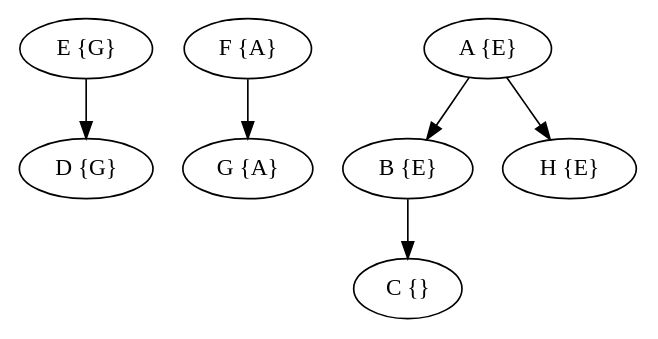
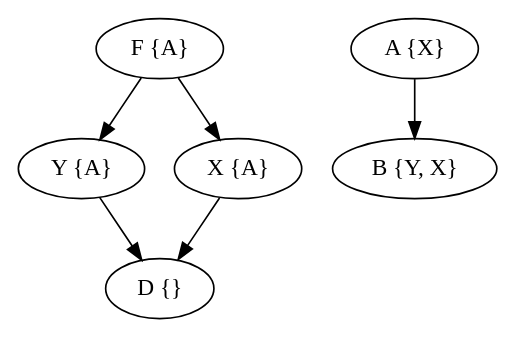
One commit to GiovA07/Pointer_Analysis changed the diagram in output/grafo.dot. Above: the diagram before and after it, drawn with Graphviz. The commit also changed 3 other files, not shown here.

```diff
--- a/output/grafo.dot
+++ b/output/grafo.dot
@@ -1,16 +1,14 @@
 digraph{
 rankdir=TB;
-D [label="D {G}"];
 F [label="F {A}"];
-A [label="A {E}"];
-B [label="B {E}"];
-G [label="G {A}"];
-E [label="E {G}"];
-C [label="C {}"];
-H [label="H {E}"];
-F -> G;
+D [label="D {}"];
+Y [label="Y {A}"];
+X [label="X {A}"];
+A [label="A {X}"];
+B [label="B {Y, X}"];
+F -> X;
+F -> Y;
+Y -> D;
+X -> D;
 A -> B;
-A -> H;
-B -> C;
-E -> D;
 }
```
